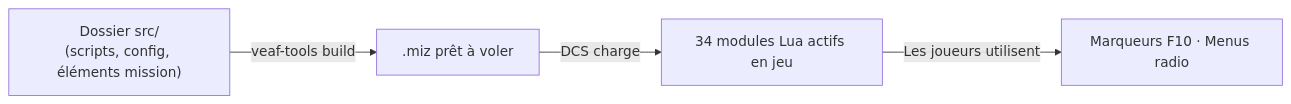
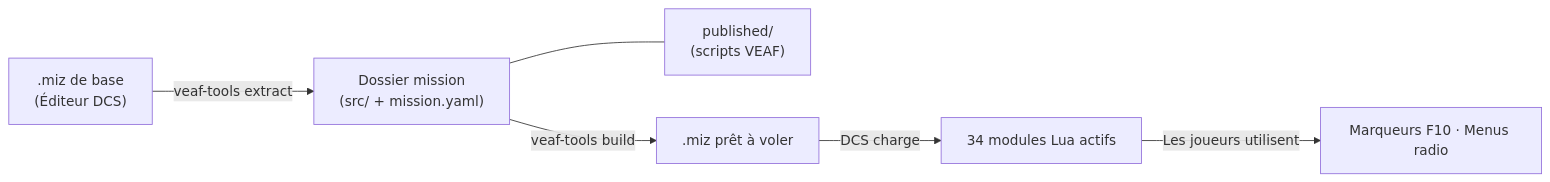
The diagram in doc/README.fr.md (VEAF/VEAF-Mission-Creation-Tools), drawn with Mermaid before and after one commit. The commit also changed other lines of this file and 1 other file, not shown here.

Commit message:
fix(doc): correct How It Works diagram to show actual workflow (extract→configure→build)

````diff
--- a/doc/README.fr.md
+++ b/doc/README.fr.md
@@ -23,6 +23,8 @@
 ```mermaid
 flowchart LR
-    A["Dossier src/<br/>(scripts, config, éléments mission)"] -->|veaf-tools build| B[".miz prêt à voler"]
-    B -->|DCS charge| C["34 modules Lua actifs en jeu"]
-    C -->|Les joueurs utilisent| D["Marqueurs F10 · Menus radio"]
+    A[".miz de base<br/>(Éditeur DCS)"] -->|veaf-tools extract| B["Dossier mission<br/>(src/ + mission.yaml)"]
+    B --- C["published/<br/>(scripts VEAF)"]
+    B -->|veaf-tools build| D[".miz prêt à voler"]
+    D -->|DCS charge| E["34 modules Lua actifs"]
+    E -->|Les joueurs utilisent| F["Marqueurs F10 · Menus radio"]
 ```
````
